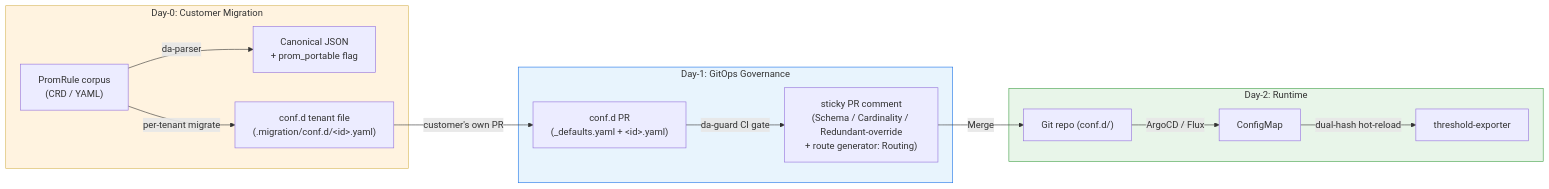
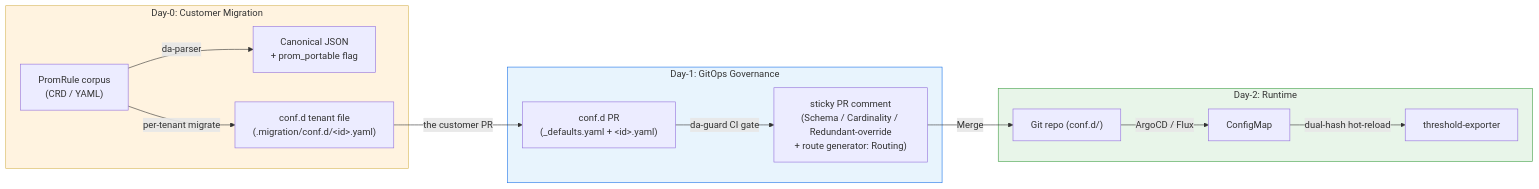
One commit to vencil/Dynamic-Alerting-Integrations changed the third of 3 diagrams in docs/architecture-and-design.en.md. Above: the diagram before and after it, drawn with Mermaid.

Commit message:
docs(docs): 架構圖的 mermaid 邊標籤拿掉單引號（#4228）
docs-ci 的 Validate Mermaid Diagrams 對 architecture-and-design.en.md:161 報
Unmatched single quotes：新的邊標籤 customer's own PR 帶了撇號，驗證器以單引號
成對與否判定。改為 the customer PR。本機要帶 --ci 才會跑這項檢查，先前沒有帶。

Refs: #4228
Self-Review-Pass-2: validate_mermaid.py --ci 修改前 rc 1（Unmatched single quotes），修改後 docs/ 全部 rc 0
Claude-Session: https://claude.ai/code/session_01Afu3aofUnZSr8iAUrfvVuN

````diff
--- a/docs/architecture-and-design.en.md
+++ b/docs/architecture-and-design.en.md
@@ -161,22 +161,22 @@
 ```mermaid
 graph LR
     subgraph Day0["Day-0: Customer Migration"]
         PR["PromRule corpus<br/>(CRD / YAML)"] -->|da-parser| JSON["Canonical JSON<br/>+ prom_portable flag"]
         PR -->|per-tenant migrate| MIG["conf.d tenant file<br/>(.migration/conf.d/&lt;id&gt;.yaml)"]
     end
 
     subgraph Day1["Day-1: GitOps Governance"]
-        MIG -->|customer's own PR| PR2["conf.d PR<br/>(_defaults.yaml + &lt;id&gt;.yaml)"]
+        MIG -->|the customer PR| PR2["conf.d PR<br/>(_defaults.yaml + &lt;id&gt;.yaml)"]
         PR2 -->|da-guard CI gate| LINT["sticky PR comment<br/>(Schema / Cardinality / Redundant-override<br/>+ route generator: Routing)"]
     end
 
     subgraph Day2["Day-2: Runtime"]
         LINT -->|Merge| GIT["Git repo (conf.d/)"]
         GIT -->|ArgoCD / Flux| CM["ConfigMap"]
         CM -->|dual-hash hot-reload| TE["threshold-exporter"]
     end
 
     style Day0 fill:#fff3e0,stroke:#d6b656
     style Day1 fill:#e8f4fd,stroke:#1a73e8
     style Day2 fill:#e8f5e9,stroke:#43a047
 ```
````
